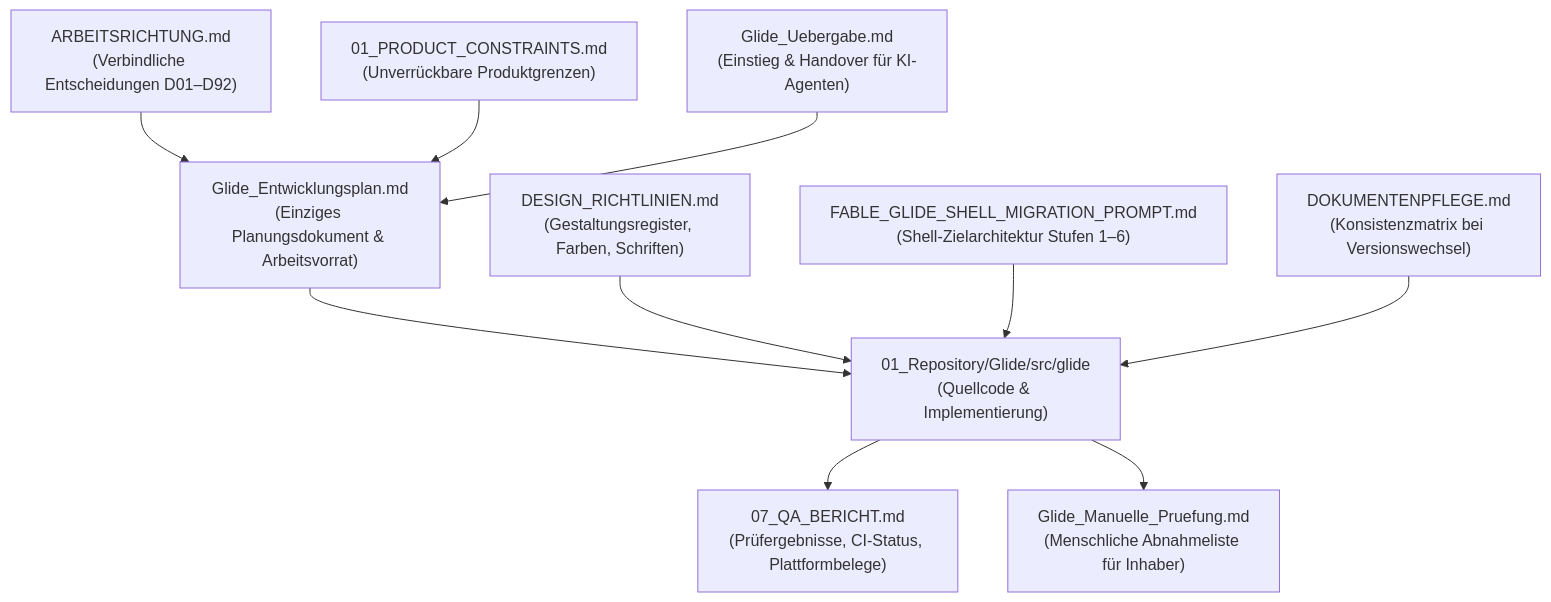
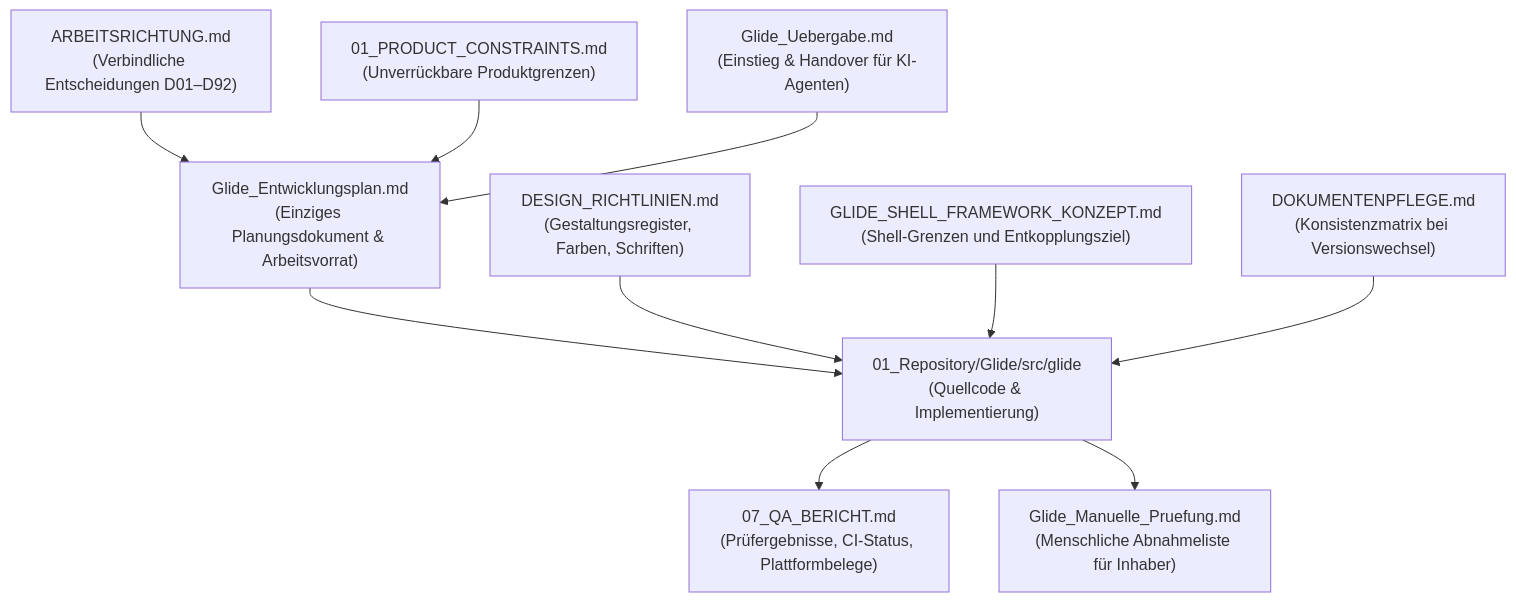
One commit to n05a-design/glide-to-do changed the first of 2 diagrams in 00_Arbeitsvorbereitung/Glide_Uebergabe.md. Above: the diagram before and after it, drawn with Mermaid. The commit also changed other lines of this file and 12 other files, not shown here.

````diff
--- a/00_Arbeitsvorbereitung/Glide_Uebergabe.md
+++ b/00_Arbeitsvorbereitung/Glide_Uebergabe.md
@@ -46,12 +50,12 @@
 ```mermaid
 flowchart TD
     AR["ARBEITSRICHTUNG.md<br/>(Verbindliche Entscheidungen D01–D92)"] --> EP["Glide_Entwicklungsplan.md<br/>(Einziges Planungsdokument & Arbeitsvorrat)"]
     PC["01_PRODUCT_CONSTRAINTS.md<br/>(Unverrückbare Produktgrenzen)"] --> EP
     EP --> PROD["01_Repository/Glide/src/glide<br/>(Quellcode & Implementierung)"]
     DR["DESIGN_RICHTLINIEN.md<br/>(Gestaltungsregister, Farben, Schriften)"] --> PROD
-    FABLE["FABLE_GLIDE_SHELL_MIGRATION_PROMPT.md<br/>(Shell-Zielarchitektur Stufen 1–6)"] --> PROD
+    SK["GLIDE_SHELL_FRAMEWORK_KONZEPT.md<br/>(Shell-Grenzen und Entkopplungsziel)"] --> PROD
     PROD --> QA["07_QA_BERICHT.md<br/>(Prüfergebnisse, CI-Status, Plattformbelege)"]
     PROD --> MP["Glide_Manuelle_Pruefung.md<br/>(Menschliche Abnahmeliste für Inhaber)"]
     DP["DOKUMENTENPFLEGE.md<br/>(Konsistenzmatrix bei Versionswechsel)"] --> PROD
     UEB["Glide_Uebergabe.md<br/>(Einstieg & Handover für KI-Agenten)"] --> EP
 ```
````
